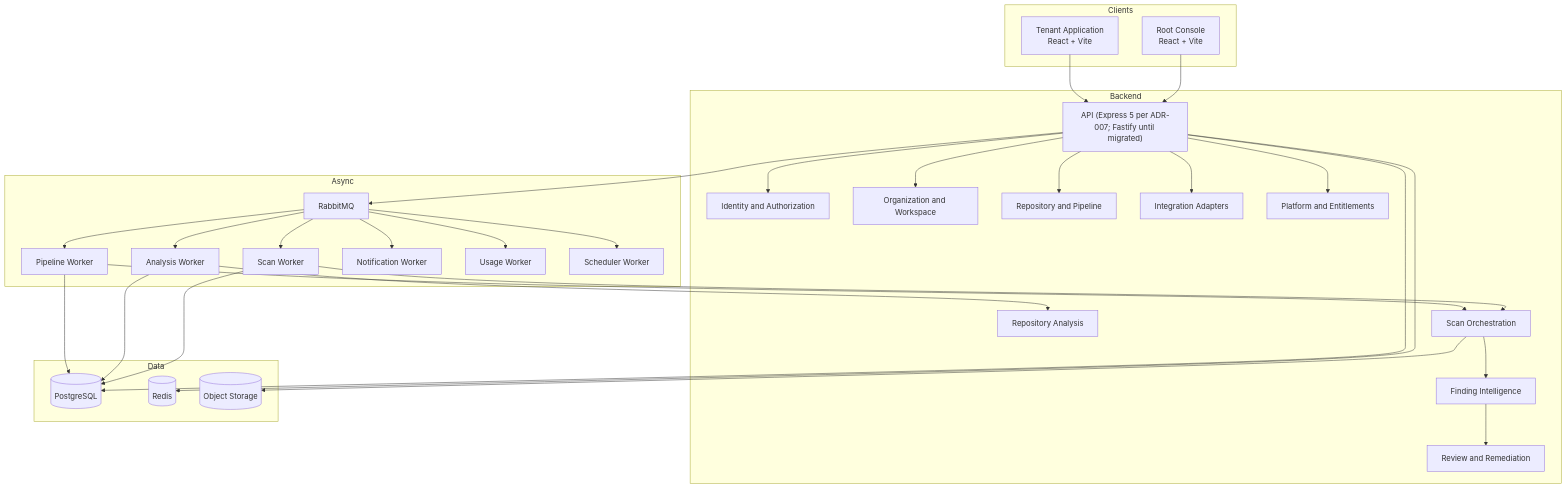
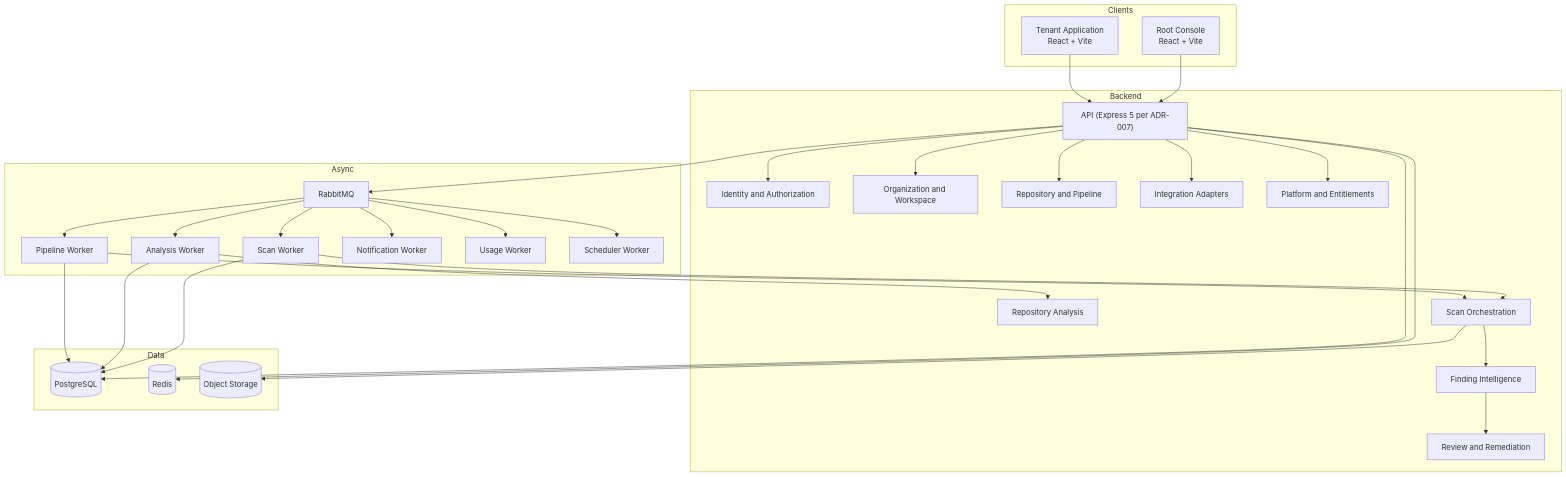
One commit to venkatanarendra-stcoe/quali-detect changed the diagram in docs/architecture/OVERALL_ARCHITECTURE.md. Above: the diagram before and after it, drawn with Mermaid. The commit also changed other lines of this file and 11 other files, not shown here.

````diff
--- a/docs/architecture/OVERALL_ARCHITECTURE.md
+++ b/docs/architecture/OVERALL_ARCHITECTURE.md
@@ -18,62 +18,62 @@
 ```mermaid
 flowchart TB
   subgraph Clients
     T[Tenant Application<br/>React + Vite]
     R[Root Console<br/>React + Vite]
   end
 
   subgraph Backend
-    API["API (Express 5 per ADR-007; Fastify until migrated)"]
+    API["API (Express 5 per ADR-007)"]
     ID[Identity and Authorization]
     ORG[Organization and Workspace]
     ENG[Repository and Pipeline]
     INT[Integration Adapters]
     ANA[Repository Analysis]
     SCAN[Scan Orchestration]
     FIND[Finding Intelligence]
     WF[Review and Remediation]
     PLAT[Platform and Entitlements]
   end
 
   subgraph Async
     MQ[RabbitMQ]
     PW[Pipeline Worker]
     AW[Analysis Worker]
     SW[Scan Worker]
     NW[Notification Worker]
     UW[Usage Worker]
     SCH[Scheduler Worker]
   end
 
   subgraph Data
     DB[(PostgreSQL)]
     REDIS[(Redis)]
     OBJ[(Object Storage)]
   end
 
   T --> API
   R --> API
   API --> ID
   API --> ORG
   API --> ENG
   API --> INT
   API --> PLAT
   API --> MQ
   MQ --> PW
   MQ --> AW
   MQ --> SW
   MQ --> NW
   MQ --> UW
   MQ --> SCH
   PW --> SCAN
   AW --> ANA
   SW --> SCAN
   API --> DB
   PW --> DB
   AW --> DB
   SW --> DB
   API --> REDIS
   SCAN --> FIND
   FIND --> WF
   SCAN --> OBJ
 ```
````
